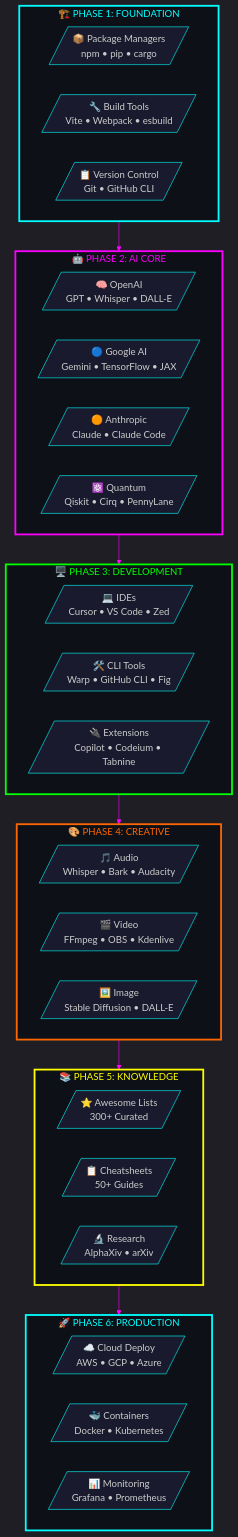
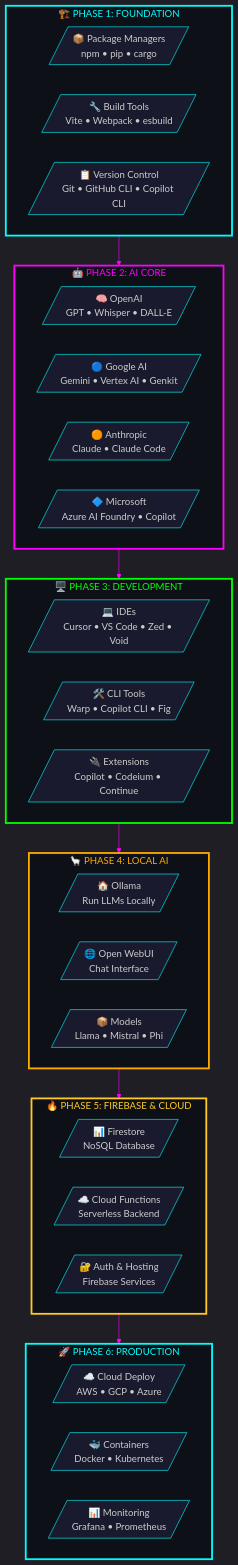
One commit to SpiralCloudOmega/DevTeam6 changed the first of 8 diagrams in README.md. Above: the diagram before and after it, drawn with Mermaid. The commit also changed other lines of this file, not shown here.

Commit message:
Add major AI platform links: Azure AI Foundry, Copilot CLI, Firebase/Firestore, Ollama with Open-WebUI, and enhance UX

````diff
--- a/README.md
+++ b/README.md
@@ -24,59 +24,59 @@
 ```mermaid
 %%{init: {'theme': 'dark', 'themeVariables': { 'primaryColor': '#0ff', 'primaryTextColor': '#fff', 'primaryBorderColor': '#0ff', 'lineColor': '#f0f', 'secondaryColor': '#1a1a2e', 'tertiaryColor': '#16213e', 'background': '#0d1117', 'mainBkg': '#1a1a2e', 'nodeBorder': '#0ff', 'clusterBkg': '#16213e', 'clusterBorder': '#f0f', 'titleColor': '#0ff', 'edgeLabelBackground':'#1a1a2e'}}}%%
 flowchart TB
     subgraph LAYER1["🏗️ PHASE 1: FOUNDATION"]
         direction LR
         A1[/"📦 Package Managers<br/>npm • pip • cargo"/]
         A2[/"🔧 Build Tools<br/>Vite • Webpack • esbuild"/]
-        A3[/"📋 Version Control<br/>Git • GitHub CLI"/]
+        A3[/"📋 Version Control<br/>Git • GitHub CLI • Copilot CLI"/]
     end
     
     subgraph LAYER2["🤖 PHASE 2: AI CORE"]
         direction LR
         B1[/"🧠 OpenAI<br/>GPT • Whisper • DALL-E"/]
-        B2[/"🔵 Google AI<br/>Gemini • TensorFlow • JAX"/]
+        B2[/"🔵 Google AI<br/>Gemini • Vertex AI • Genkit"/]
         B3[/"🟠 Anthropic<br/>Claude • Claude Code"/]
-        B4[/"⚛️ Quantum<br/>Qiskit • Cirq • PennyLane"/]
+        B4[/"🔷 Microsoft<br/>Azure AI Foundry • Copilot"/]
     end
     
     subgraph LAYER3["🖥️ PHASE 3: DEVELOPMENT"]
         direction LR
-        C1[/"💻 IDEs<br/>Cursor • VS Code • Zed"/]
-        C2[/"🛠️ CLI Tools<br/>Warp • GitHub CLI • Fig"/]
-        C3[/"🔌 Extensions<br/>Copilot • Codeium • Tabnine"/]
+        C1[/"💻 IDEs<br/>Cursor • VS Code • Zed • Void"/]
+        C2[/"🛠️ CLI Tools<br/>Warp • Copilot CLI • Fig"/]
+        C3[/"🔌 Extensions<br/>Copilot • Codeium • Continue"/]
     end
     
-    subgraph LAYER4["🎨 PHASE 4: CREATIVE"]
+    subgraph LAYER4["🦙 PHASE 4: LOCAL AI"]
         direction LR
-        D1[/"🎵 Audio<br/>Whisper • Bark • Audacity"/]
-        D2[/"🎬 Video<br/>FFmpeg • OBS • Kdenlive"/]
-        D3[/"🖼️ Image<br/>Stable Diffusion • DALL-E"/]
+        L1[/"🏠 Ollama<br/>Run LLMs Locally"/]
+        L2[/"🌐 Open WebUI<br/>Chat Interface"/]
+        L3[/"📦 Models<br/>Llama • Mistral • Phi"/]
     end
     
-    subgraph LAYER5["📚 PHASE 5: KNOWLEDGE"]
+    subgraph LAYER5["🔥 PHASE 5: FIREBASE & CLOUD"]
         direction LR
-        E1[/"⭐ Awesome Lists<br/>300+ Curated"/]
-        E2[/"📋 Cheatsheets<br/>50+ Guides"/]
-        E3[/"🔬 Research<br/>AlphaXiv • arXiv"/]
+        F1[/"📊 Firestore<br/>NoSQL Database"/]
+        F2[/"☁️ Cloud Functions<br/>Serverless Backend"/]
+        F3[/"🔐 Auth & Hosting<br/>Firebase Services"/]
     end
     
     subgraph LAYER6["🚀 PHASE 6: PRODUCTION"]
         direction LR
-        F1[/"☁️ Cloud Deploy<br/>AWS • GCP • Azure"/]
-        F2[/"🐳 Containers<br/>Docker • Kubernetes"/]
-        F3[/"📊 Monitoring<br/>Grafana • Prometheus"/]
+        P1[/"☁️ Cloud Deploy<br/>AWS • GCP • Azure"/]
+        P2[/"🐳 Containers<br/>Docker • Kubernetes"/]
+        P3[/"📊 Monitoring<br/>Grafana • Prometheus"/]
     end
     
     LAYER1 --> LAYER2
     LAYER2 --> LAYER3
     LAYER3 --> LAYER4
     LAYER4 --> LAYER5
     LAYER5 --> LAYER6
     
     style LAYER1 fill:#0d1117,stroke:#00ffff,stroke-width:3px,color:#00ffff
     style LAYER2 fill:#0d1117,stroke:#ff00ff,stroke-width:3px,color:#ff00ff
     style LAYER3 fill:#0d1117,stroke:#00ff00,stroke-width:3px,color:#00ff00
-    style LAYER4 fill:#0d1117,stroke:#ff6600,stroke-width:3px,color:#ff6600
-    style LAYER5 fill:#0d1117,stroke:#ffff00,stroke-width:3px,color:#ffff00
+    style LAYER4 fill:#0d1117,stroke:#ffaa00,stroke-width:3px,color:#ffaa00
+    style LAYER5 fill:#0d1117,stroke:#FFCA28,stroke-width:3px,color:#FFCA28
     style LAYER6 fill:#0d1117,stroke:#00ffff,stroke-width:3px,color:#00ffff
 ```
````
